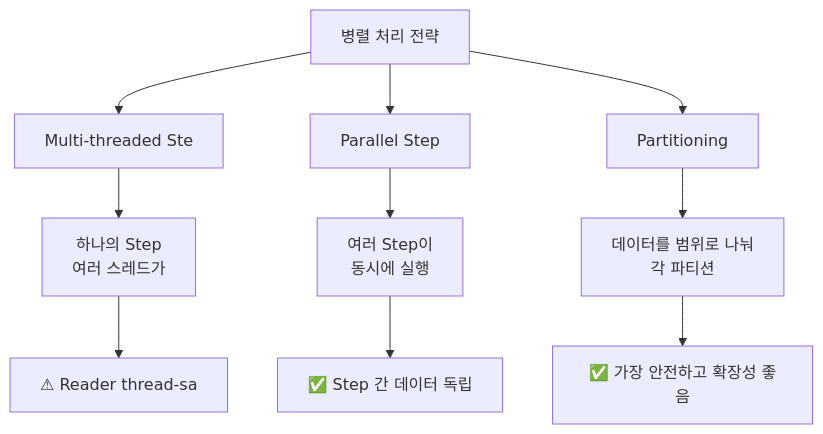
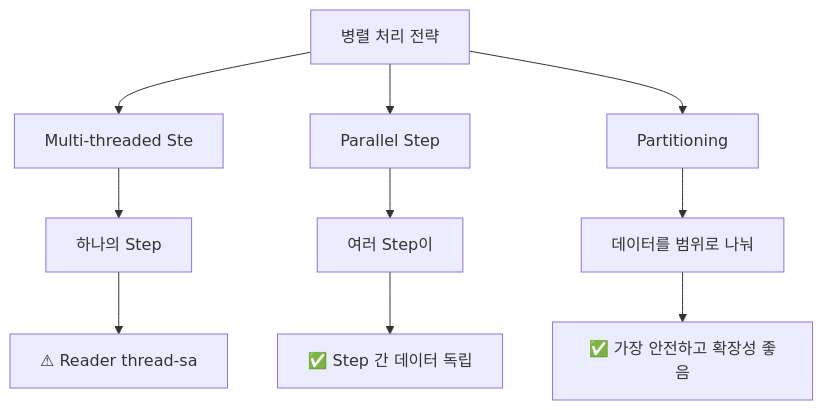
One commit to yjkim2015/yjkim2015.github.io changed the first of 6 diagrams in _posts/batch/2026-05-03-spring-batch-partitioning.md. Above: the diagram before and after it, drawn with Mermaid. The commit also changed other lines of this file and 217 other files, not shown here.

First line of the commit message:
Mermaid 크기 수정: useMaxWidth:true + SVG max-width:100% + 라벨 축소

````diff
--- a/_posts/batch/2026-05-03-spring-batch-partitioning.md
+++ b/_posts/batch/2026-05-03-spring-batch-partitioning.md
@@ -28,12 +28,12 @@
 ```mermaid
 flowchart TD
     A["병렬 처리 전략"] --> B["Multi-threaded Ste"]
     A --> C["Parallel Step"]
     A --> D["Partitioning"]
-    B --> B1["하나의 Step\n여러 스레드가"]
-    C --> C1["여러 Step이\n동시에 실행"]
-    D --> D1["데이터를 범위로 나눠\n각 파티션"]
+    B --> B1["하나의 Step"]
+    C --> C1["여러 Step이"]
+    D --> D1["데이터를 범위로 나눠"]
     B1 --> B2["⚠ Reader thread-sa"]
     C1 --> C2["✅ Step 간 데이터 독립"]
     D1 --> D2["✅ 가장 안전하고 확장성 좋음"]
 ```
````
